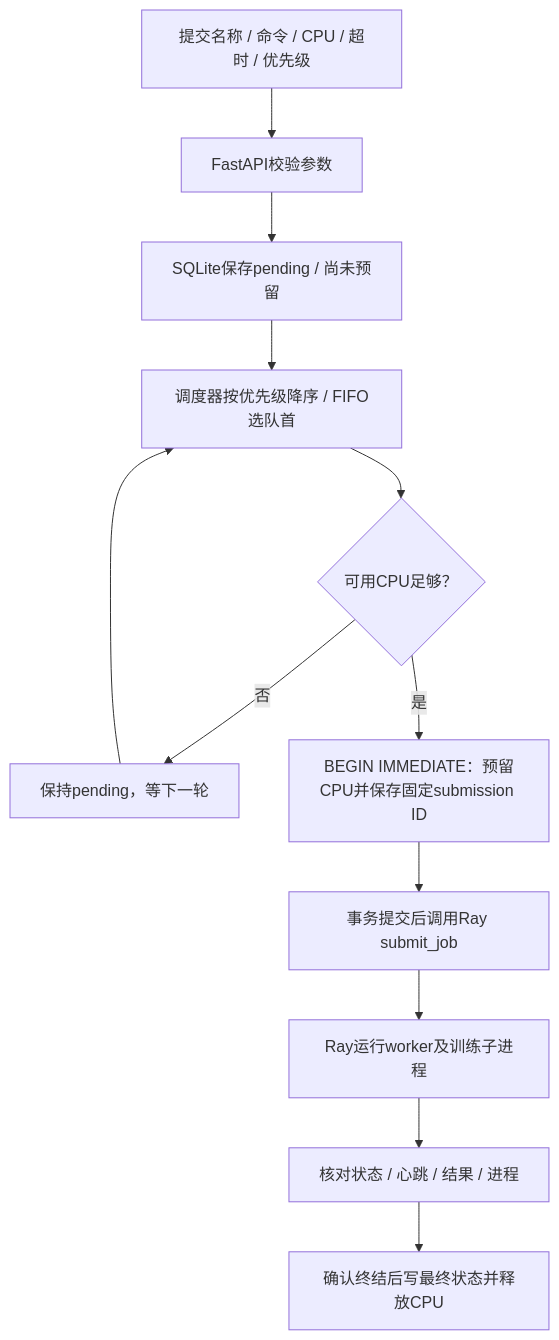
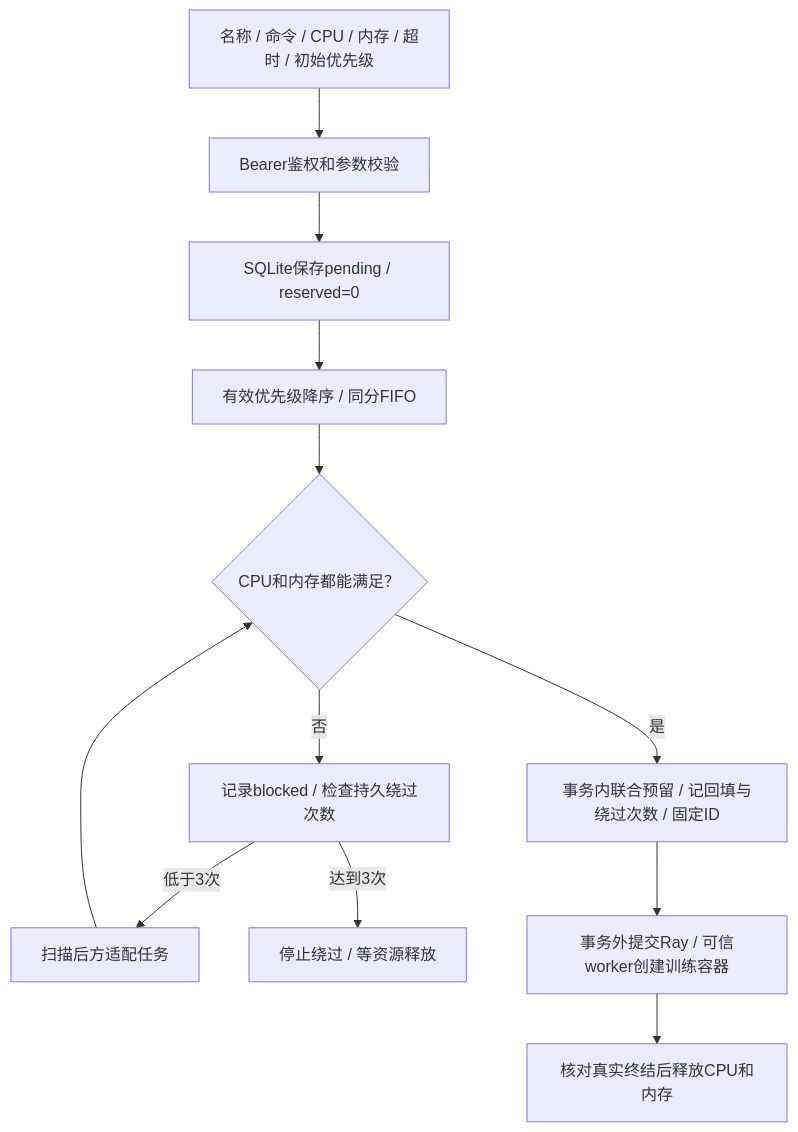
One commit to jackjiahao1491/trainplane-yolo-cpu changed the second of 6 diagrams in docs/architecture-and-implementation.md. Above: the diagram before and after it, drawn with Mermaid. The commit also changed other lines of this file and 16 other files, not shown here.

````diff
--- a/docs/architecture-and-implementation.md
+++ b/docs/architecture-and-implementation.md
@@ -80,15 +85,15 @@
 ```mermaid
 %% diagram: scheduling
 flowchart TD
-  FORM[提交名称 / 命令 / CPU / 超时 / 优先级] --> CHECK[FastAPI校验参数]
-  CHECK --> SAVE[SQLite保存pending / 尚未预留]
-  SAVE --> SELECT[调度器按优先级降序 / FIFO选队首]
-  SELECT --> FIT{可用CPU足够？}
-  FIT -->|否| WAIT[保持pending，等下一轮]
-  WAIT --> SELECT
-  FIT -->|是| RESERVE[BEGIN IMMEDIATE：预留CPU并保存固定submission ID]
-  RESERVE --> SUBMIT[事务提交后调用Ray submit_job]
-  SUBMIT --> WORK[Ray运行worker及训练子进程]
-  WORK --> RECON[核对状态 / 心跳 / 结果 / 进程]
-  RECON --> FINISH[确认终结后写最终状态并释放CPU]
+  FORM[名称 / 命令 / CPU / 内存 / 超时 / 初始优先级] --> CHECK[Bearer鉴权和参数校验]
+  CHECK --> SAVE[SQLite保存pending / reserved=0]
+  SAVE --> SORT[有效优先级降序 / 同分FIFO]
+  SORT --> FIT{CPU和内存都能满足？}
+  FIT -->|否| BACKFILL[记录blocked / 检查持久绕过次数]
+  BACKFILL -->|低于3次| NEXT[扫描后方适配任务]
+  NEXT --> FIT
+  BACKFILL -->|达到3次| WAIT[停止绕过 / 等资源释放]
+  FIT -->|是| RESERVE[事务内联合预留 / 记回填与绕过次数 / 固定ID]
+  RESERVE --> RAY[事务外提交Ray / 可信worker创建训练容器]
+  RAY --> END[核对真实终结后释放CPU和内存]
 ```
````
